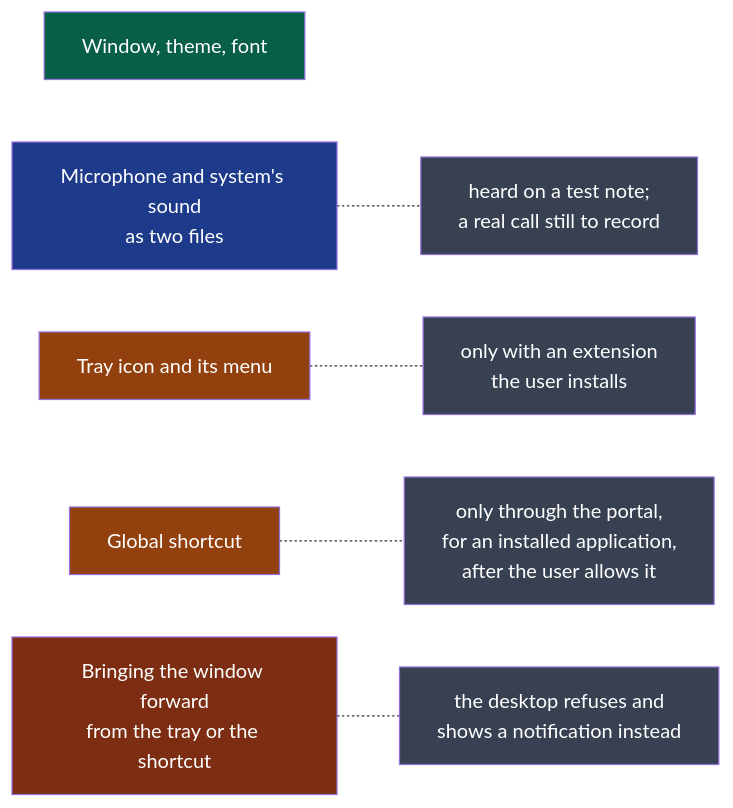
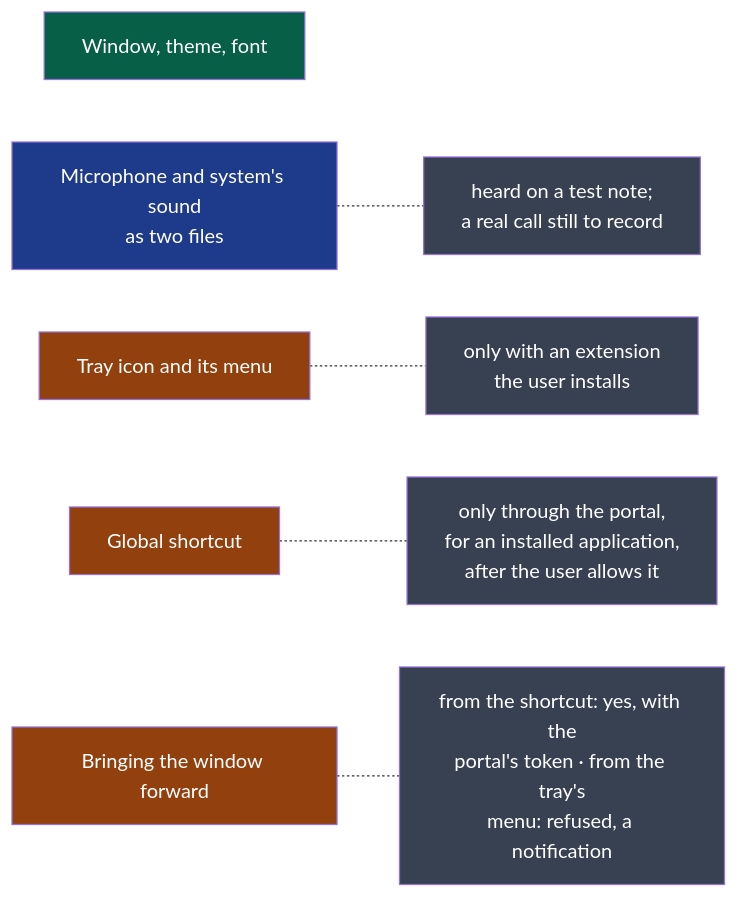
The fourth of 5 diagrams in docs/project/cycles/01-first-meeting-on-three-systems.md (NapkinStack/wholeheard), drawn with Mermaid before and after one commit. The commit also changed other lines of this file, not shown here.

First line of the commit message:
D1: the shortcut's token brings the window forward — seen on Fedora

````diff
--- a/docs/project/cycles/01-first-meeting-on-three-systems.md
+++ b/docs/project/cycles/01-first-meeting-on-three-systems.md
@@ -171,19 +172,19 @@
 ```mermaid
 flowchart LR
     W["Window, theme, font"]:::yes
     A["Microphone and system's sound<br/>as two files"]:::part
     T["Tray icon and its menu"]:::cond
     K["Global shortcut"]:::cond
-    F["Bringing the window forward<br/>from the tray or the shortcut"]:::no
+    F["Bringing the window forward"]:::cond
 
     T -.- T1["only with an extension<br/>the user installs"]:::note
     K -.- K1["only through the portal,<br/>for an installed application,<br/>after the user allows it"]:::note
-    F -.- F1["the desktop refuses and<br/>shows a notification instead"]:::note
+    F -.- F1["from the shortcut: yes, with the<br/>portal's token · from the tray's<br/>menu: refused, a notification"]:::note
     A -.- A1["heard on a test note;<br/>a real call still to record"]:::note
 
     classDef yes fill:#065f46,color:#fff
     classDef part fill:#1e3a8a,color:#fff
     classDef cond fill:#92400e,color:#fff
     classDef no fill:#7c2d12,color:#fff
     classDef note fill:#374151,color:#fff
 ```
````
